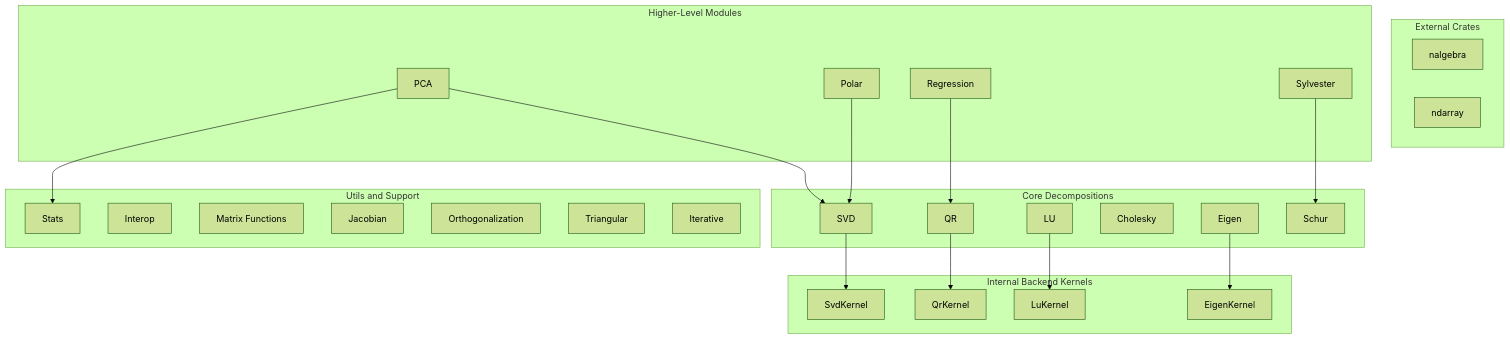
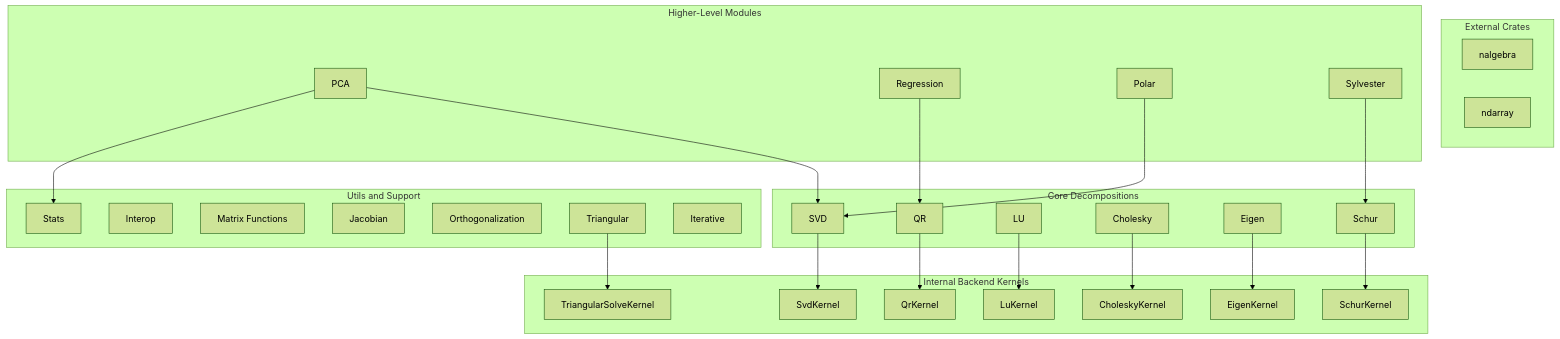
The diagram in docs/architecture.md (MontOpsInc/nabled), drawn with Mermaid (forest theme) before and after one commit. The commit also changed other lines of this file and 10 other files, not shown here.

Commit message:
feat: triangular, cholesky, and schur pulled into benches and traits

````diff
--- a/docs/architecture.md
+++ b/docs/architecture.md
@@ -7,50 +7,56 @@
 ```mermaid
 flowchart TB
     subgraph External [External Crates]
         nalgebra[nalgebra]
         ndarray[ndarray]
     end
 
     subgraph Backend [Internal Backend Kernels]
         backend_svd[SvdKernel]
         backend_qr[QrKernel]
         backend_lu[LuKernel]
+        backend_cholesky[CholeskyKernel]
         backend_eigen[EigenKernel]
+        backend_schur[SchurKernel]
+        backend_triangular[TriangularSolveKernel]
     end
 
     subgraph Core [Core Decompositions]
         svd[SVD]
         qr[QR]
         lu[LU]
         cholesky[Cholesky]
         eigen[Eigen]
         schur[Schur]
     end
 
     subgraph HigherLevel [Higher-Level Modules]
         pca[PCA]
         regression[Regression]
         polar[Polar]
         sylvester[Sylvester]
     end
 
     subgraph Utils [Utils and Support]
         stats[Stats]
         interop[Interop]
         matrix_functions[Matrix Functions]
         jacobian[Jacobian]
         orthogonalization[Orthogonalization]
         triangular[Triangular]
         iterative[Iterative]
     end
 
     svd --> backend_svd
     qr --> backend_qr
     lu --> backend_lu
+    cholesky --> backend_cholesky
     eigen --> backend_eigen
+    schur --> backend_schur
+    triangular --> backend_triangular
     pca --> stats
     pca --> svd
     regression --> qr
     polar --> svd
     sylvester --> schur
 ```
````
